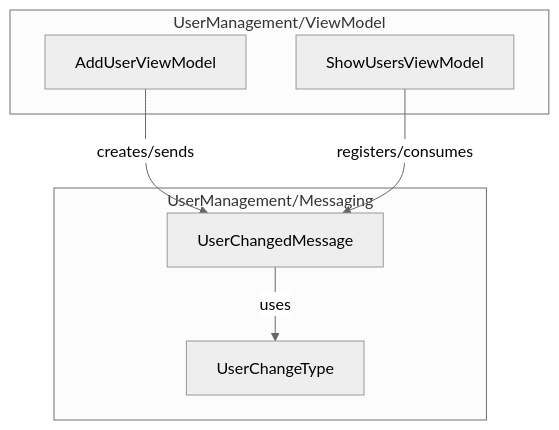
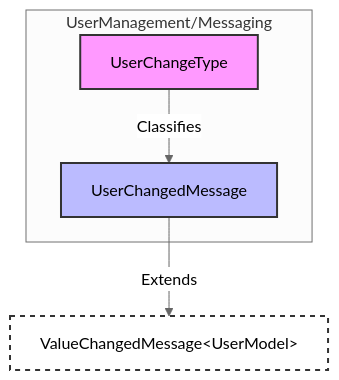
One commit to wetzlmaier-scch/mvvm changed the diagram in doc/UserManagement/Messaging.md. Above: the diagram before and after it, drawn with Mermaid (neutral theme). The commit also changed other lines of this file and 111 other files, not shown here.

````diff
--- a/doc/UserManagement/Messaging.md
+++ b/doc/UserManagement/Messaging.md
@@ -16,16 +20,14 @@
 ```mermaid
 flowchart TD
-    subgraph "UserManagement/Messaging"
+    subgraph UserManagement/Messaging
         UCT[UserChangeType]
         UCM[UserChangedMessage]
     end
+
+    UCT -->|Classifies| UCM
+    UCM -->|Extends| VCM[ValueChangedMessage&lt;UserModel&gt;]
     
-    subgraph "UserManagement/ViewModel"
-        AUVM[AddUserViewModel]
-        SUVM[ShowUsersViewModel]
-    end
-
-    UCM -->|uses| UCT
-    AUVM -->|creates/sends| UCM
-    SUVM -->|registers/consumes| UCM
+    style UCT fill:#f9f,stroke:#333,stroke-width:2px
+    style UCM fill:#bbf,stroke:#333,stroke-width:2px
+    style VCM fill:#fff,stroke:#333,stroke-width:2px,stroke-dasharray: 5 5
 ```
````
